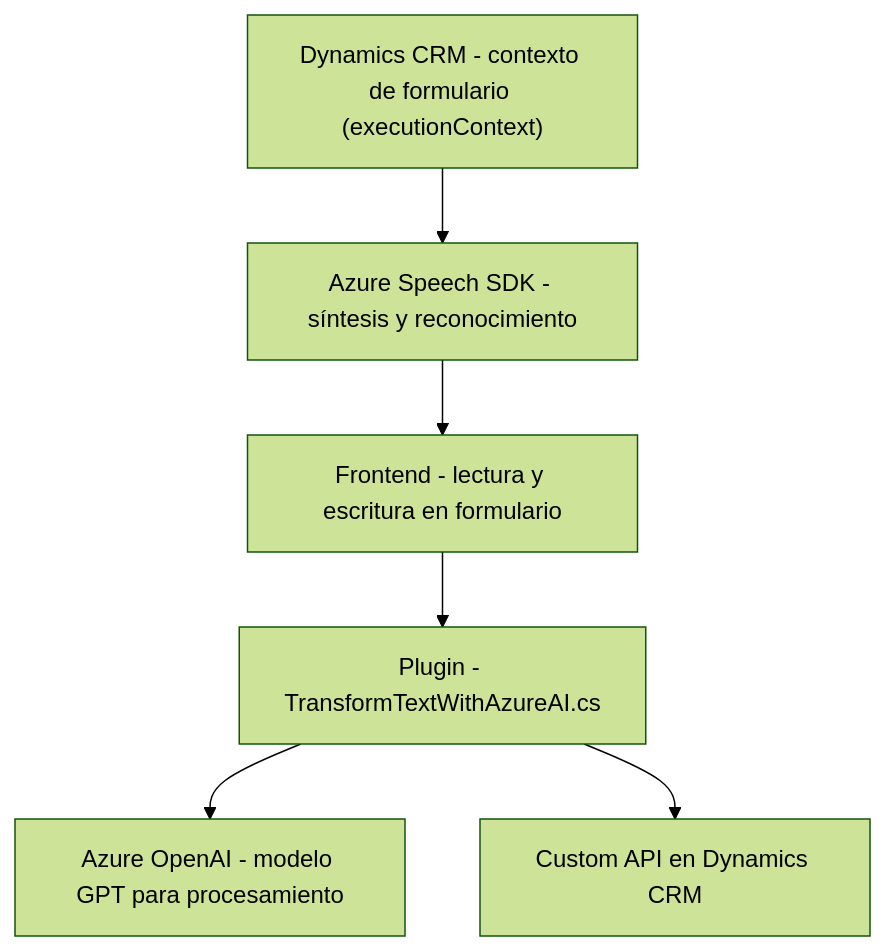
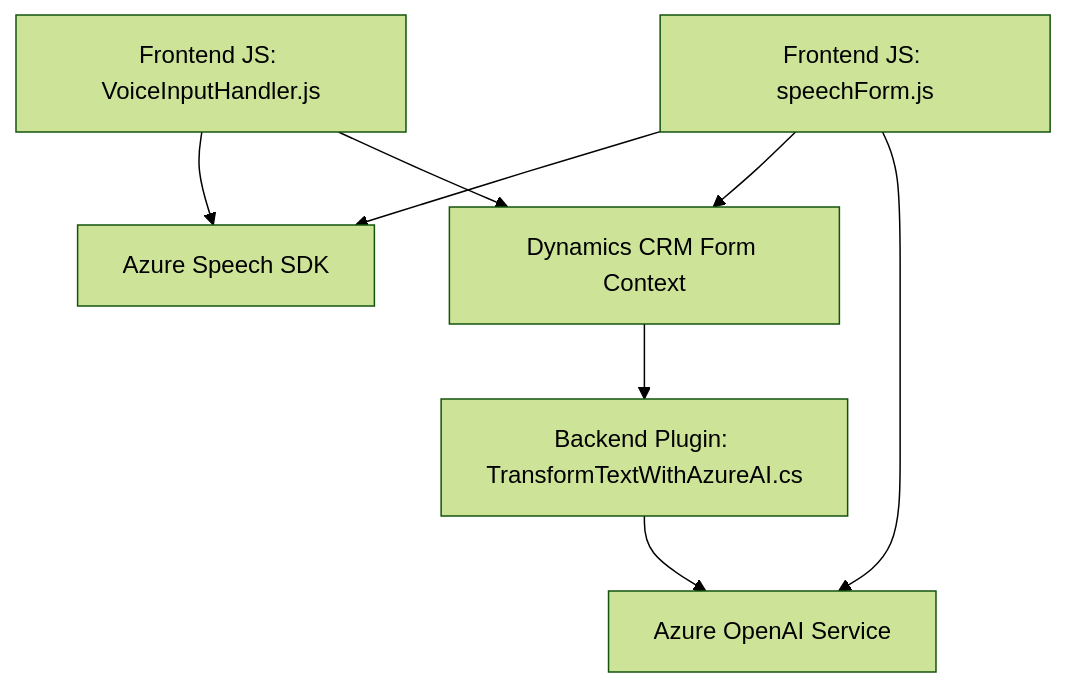
Before and after one commit to blopezdm/NETCORE_BILBAO2025: the diagram in README.md, drawn with Mermaid (forest theme). The commit also changed other lines of this file, not shown here.

````diff
--- a/README.md
+++ b/README.md
@@ -42,15 +49,17 @@
 ```mermaid
 graph TD
-    A["Dynamics CRM - contexto de formulario (executionContext)"]
-    B["Azure Speech SDK - síntesis y reconocimiento"]
-    C["Frontend - lectura y escritura en formulario"]
-    D["Plugin - TransformTextWithAzureAI.cs"]
-    E["Azure OpenAI - modelo GPT para procesamiento"]
-    F["Custom API en Dynamics CRM"]
+    A["Frontend JS: VoiceInputHandler.js"]
+    B["Frontend JS: speechForm.js"]
+    C["Backend Plugin: TransformTextWithAzureAI.cs"]
+    D["Azure Speech SDK"]
+    E["Azure OpenAI Service"]
+    F["Dynamics CRM Form Context"]
 
-    A --> B 
-    B --> C 
-    C --> D 
-    D --> E 
-    D --> F
+    A --> D
+    B --> D
+    A --> F
+    B --> F
+    B --> E
+    C --> E
+    F --> C
 ```
````
